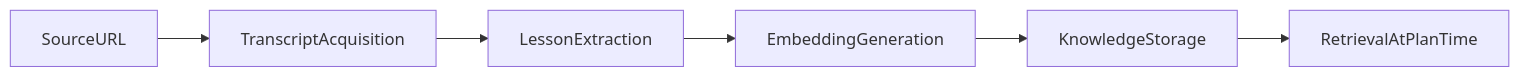
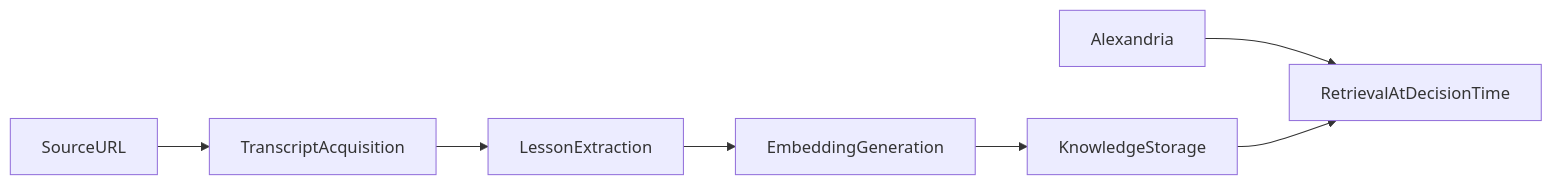
The diagram in docs/knowledge-base.md (open-pasture/openpasture-agent-kit), drawn with Mermaid before and after one commit. The commit also changed other lines of this file and 51 other files, not shown here.

````diff
--- a/docs/knowledge-base.md
+++ b/docs/knowledge-base.md
@@ -35,8 +57,9 @@
 ```mermaid
 flowchart LR
     Source[SourceURL] --> Transcript[TranscriptAcquisition]
     Transcript --> Extraction[LessonExtraction]
     Extraction --> Embedding[EmbeddingGeneration]
     Embedding --> Storage[KnowledgeStorage]
-    Storage --> Retrieval[RetrievalAtPlanTime]
+    Alexandria[Alexandria] --> Retrieval
+    Storage --> Retrieval[RetrievalAtDecisionTime]
 ```
````
